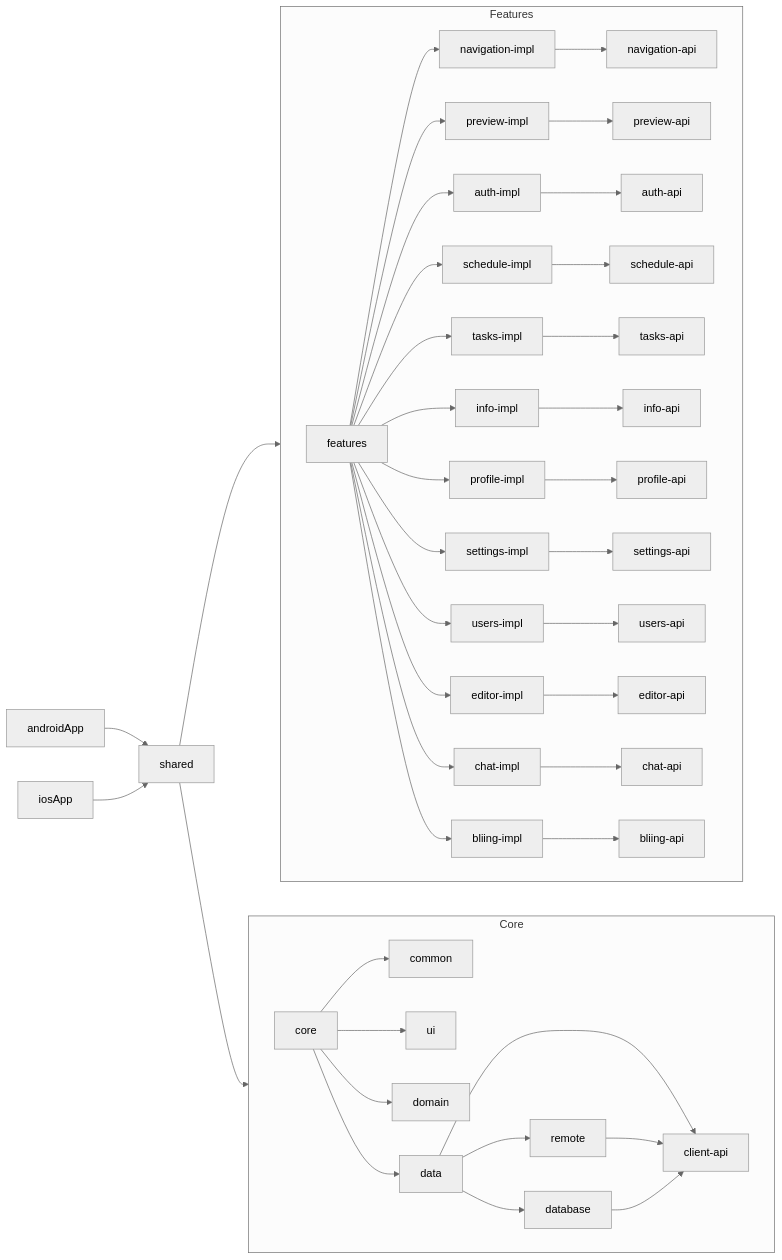
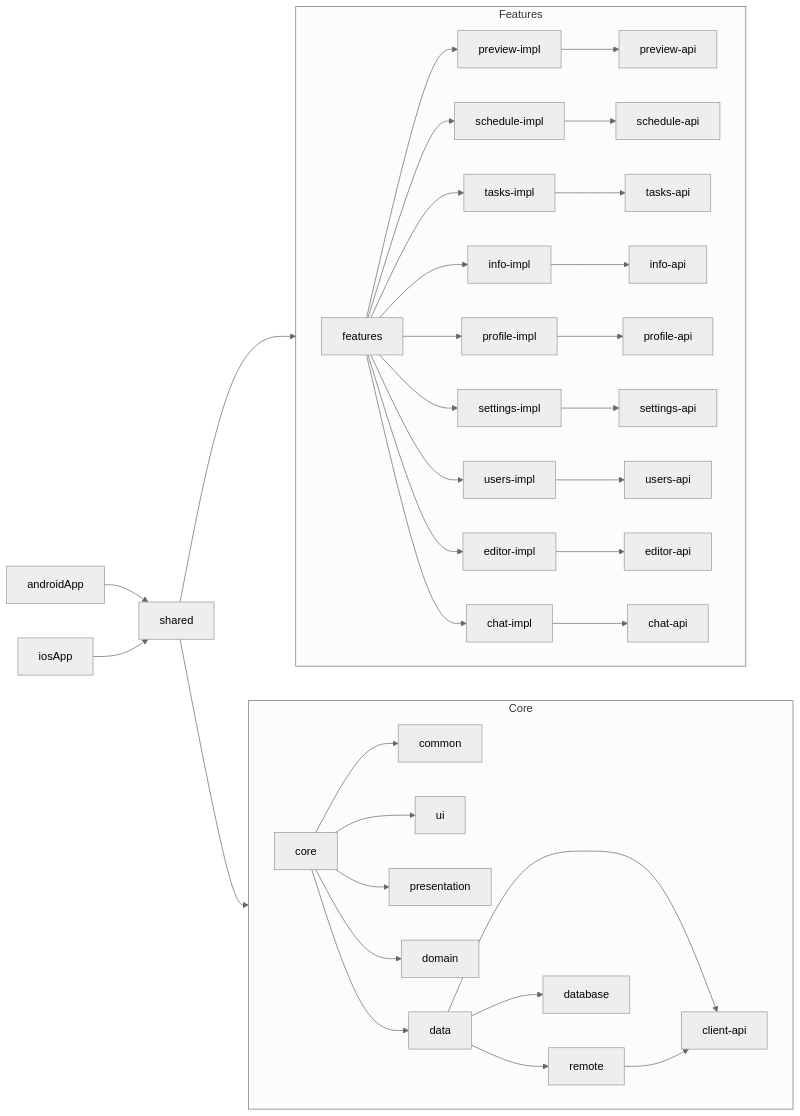
Before and after one commit to v1tzor/StudyAssistant: the diagram in README.md, drawn with Mermaid (neutral theme). The commit also changed other lines of this file and 2737 other files, not shown here.

Commit message:
feat: deleted payments & improve architecture

````diff
--- a/README.md
+++ b/README.md
@@ -176,33 +171,29 @@
 ```mermaid
 graph LR;
     androidApp --> shared
     iosApp --> shared
 
     shared --> core
 
     subgraph one [Core]
     direction LR;
-    core --> common & ui & domain & data
+    core --> common & ui & presentation & domain & data
     data --> remote & database & client-api
     remote --> client-api
-    database --> client-api
     end
 
     shared --> features
 
     subgraph two [Features]
     direction LR;
-    features --> navigation-impl --> navigation-api 
     features --> preview-impl --> preview-api
-    features --> auth-impl --> auth-api
     features --> schedule-impl --> schedule-api
     features --> tasks-impl --> tasks-api
     features --> info-impl --> info-api
     features --> profile-impl --> profile-api
     features --> settings-impl --> settings-api
     features --> users-impl --> users-api
     features --> editor-impl --> editor-api
     features --> chat-impl --> chat-api
-    features --> bliing-impl --> bliing-api
     end
 ```
````
